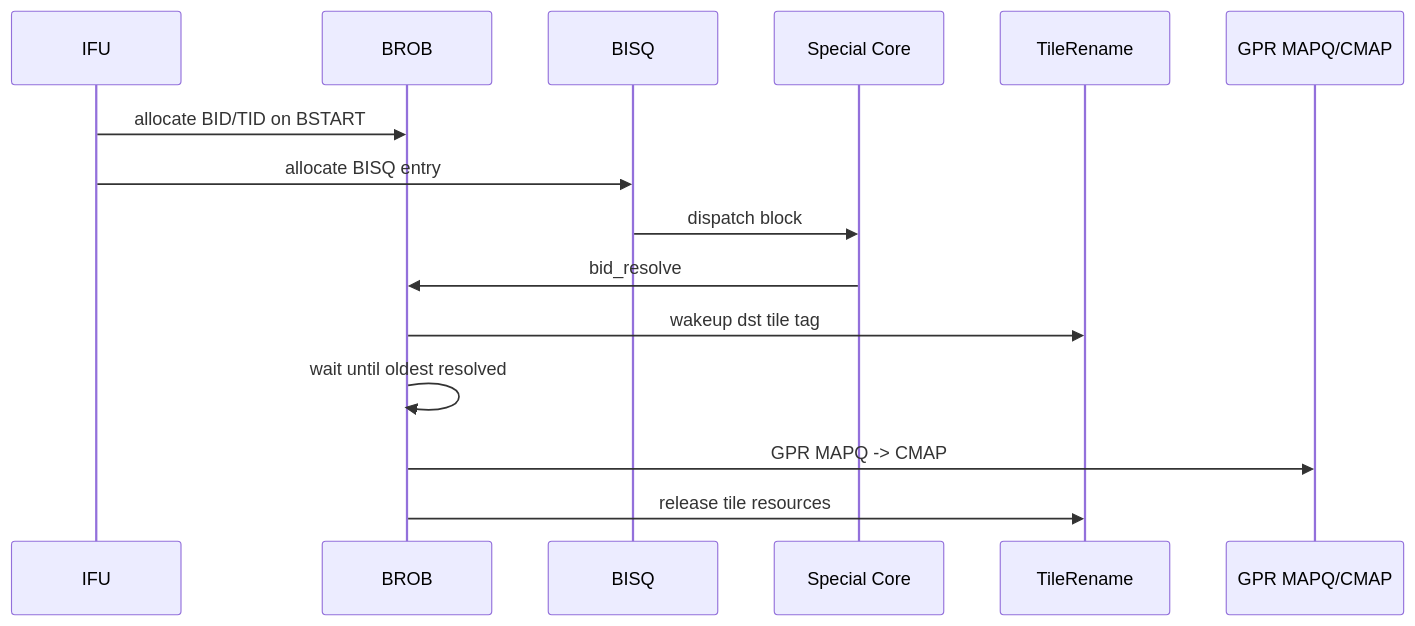
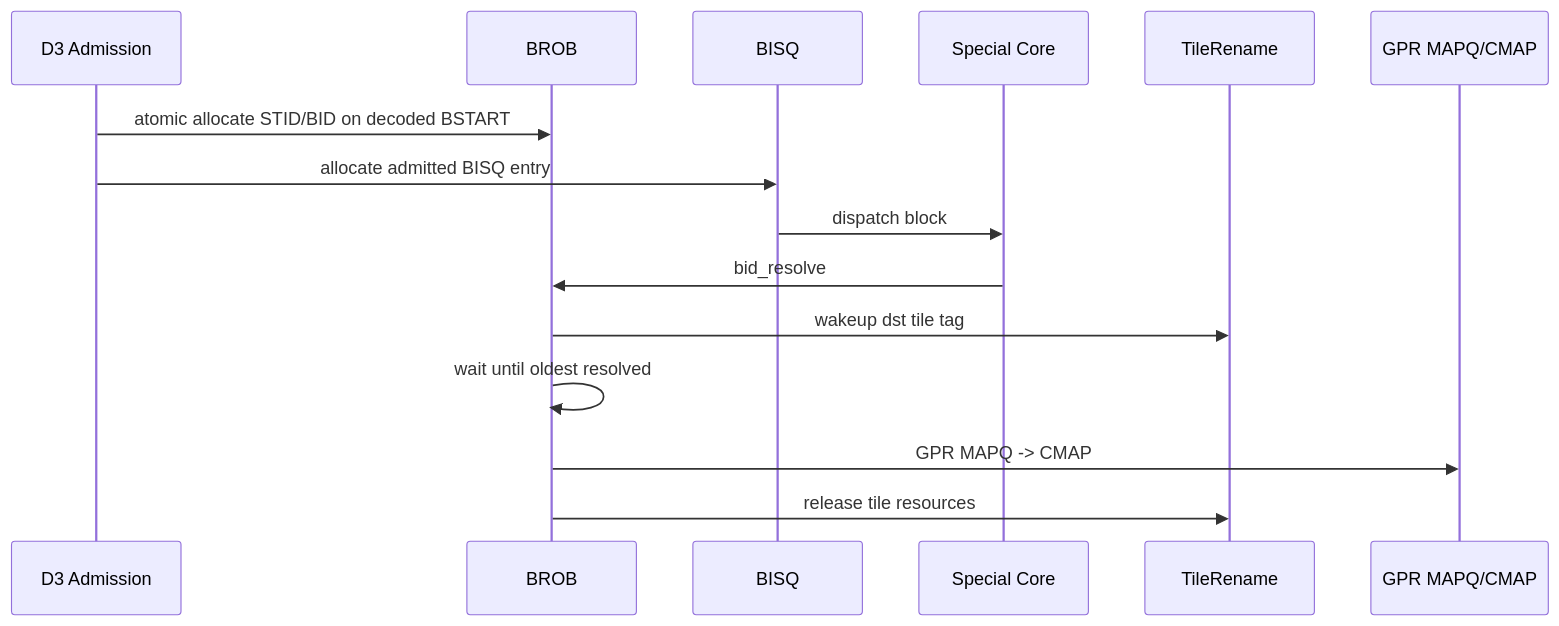
One commit to LinxISA/LinxCore changed the third of 3 diagrams in docs/architecture/Janus/BCC/JCore_BCC_AS.md. Above: the diagram before and after it, drawn with Mermaid. The commit also changed other lines of this file and 73 other files, not shown here.

````diff
--- a/docs/architecture/Janus/BCC/JCore_BCC_AS.md
+++ b/docs/architecture/Janus/BCC/JCore_BCC_AS.md
@@ -521,18 +517,18 @@
 ```mermaid
 sequenceDiagram
-  participant IFU as IFU
+  participant D3 as D3 Admission
   participant BROB as BROB
   participant BISQ as BISQ
   participant CORE as Special Core
   participant TR as TileRename
   participant REN as GPR MAPQ/CMAP
 
-  IFU->>BROB: allocate BID/TID on BSTART
-  IFU->>BISQ: allocate BISQ entry
+  D3->>BROB: atomic allocate STID/BID on decoded BSTART
+  D3->>BISQ: allocate admitted BISQ entry
   BISQ->>CORE: dispatch block
   CORE->>BROB: bid_resolve
   BROB->>TR: wakeup dst tile tag
   BROB->>BROB: wait until oldest resolved
   BROB->>REN: GPR MAPQ -> CMAP
   BROB->>TR: release tile resources
 ```
````
